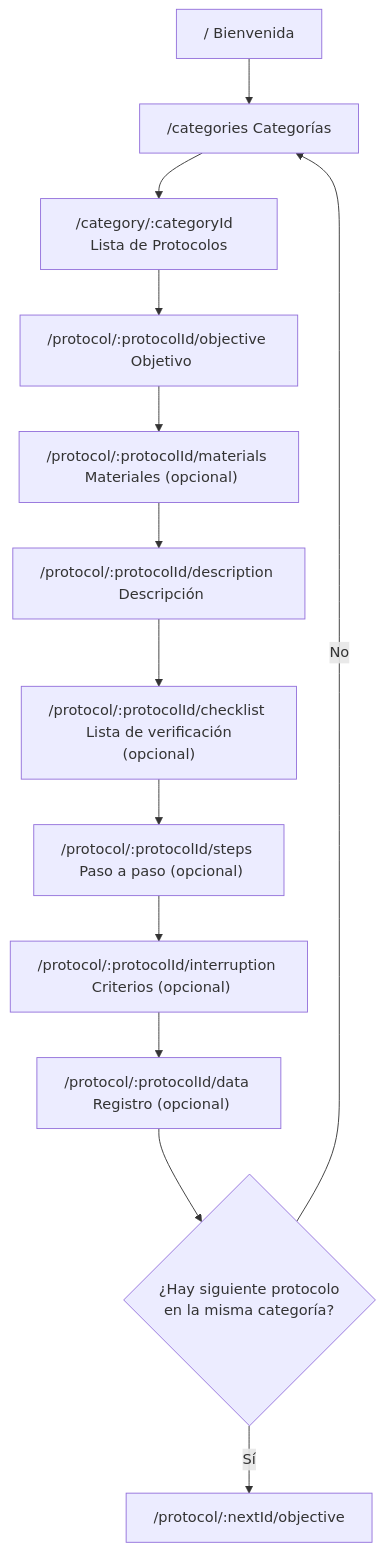
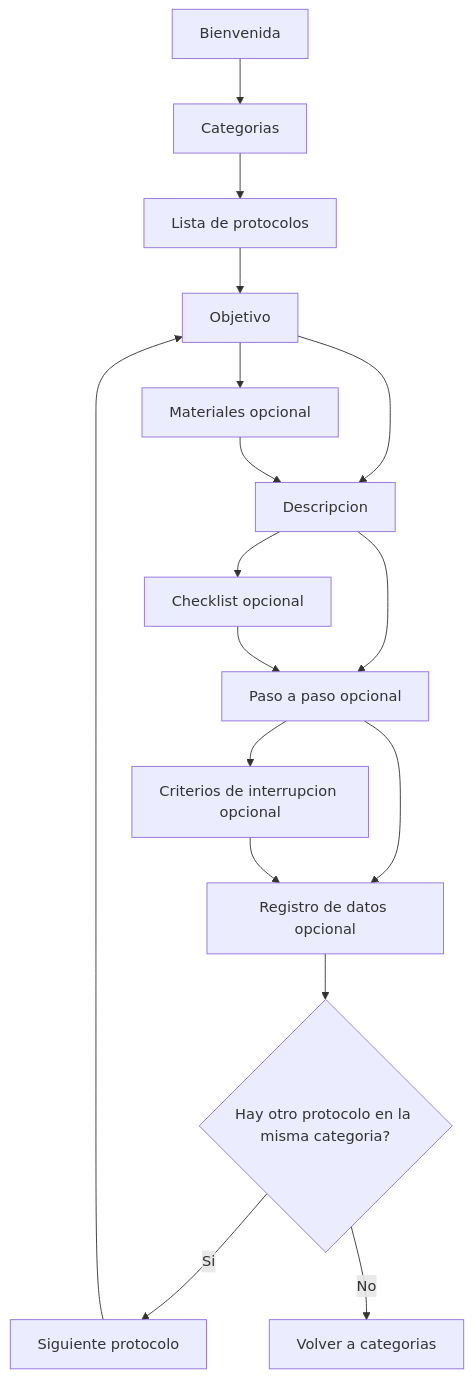
Before and after one commit to GRAN-J/sportmetric: the second of 2 diagrams in README.md, drawn with Mermaid. The commit also changed other lines of this file and 4 other files, not shown here.

Commit message:
docs: actualiza traducciones y diagramas mermaid

````diff
--- a/README.md
+++ b/README.md
@@ -167,17 +167,19 @@
 ```mermaid
 flowchart TD
-  A["/  Bienvenida"] --> B["/categories  Categorías"]
-  B --> C["/category/:categoryId  Lista de Protocolos"]
-  C --> D["/protocol/:protocolId/objective  Objetivo"]
-
-  D --> E["/protocol/:protocolId/materials  Materiales (opcional)"]
-  E --> F["/protocol/:protocolId/description  Descripción"]
-  F --> G["/protocol/:protocolId/checklist  Lista de verificación (opcional)"]
-  G --> H["/protocol/:protocolId/steps  Paso a paso (opcional)"]
-  H --> I["/protocol/:protocolId/interruption  Criterios (opcional)"]
-  I --> J["/protocol/:protocolId/data  Registro (opcional)"]
-
-  J --> K{"¿Hay siguiente protocolo\nen la misma categoría?"}
-  K -- "Sí" --> D2["/protocol/:nextId/objective"]
-  K -- "No" --> B
+  A["Bienvenida"] --> B["Categorias"]
+  B --> C["Lista de protocolos"]
+  C --> D["Objetivo"]
+  D --> E["Materiales opcional"]
+  D --> F["Descripcion"]
+  E --> F
+  F --> G["Checklist opcional"]
+  F --> H["Paso a paso opcional"]
+  G --> H
+  H --> I["Criterios de interrupcion opcional"]
+  H --> J["Registro de datos opcional"]
+  I --> J
+  J --> K{"Hay otro protocolo en la misma categoria?"}
+  K -->|Si| L["Siguiente protocolo"]
+  K -->|No| M["Volver a categorias"]
+  L --> D
 ```
````
